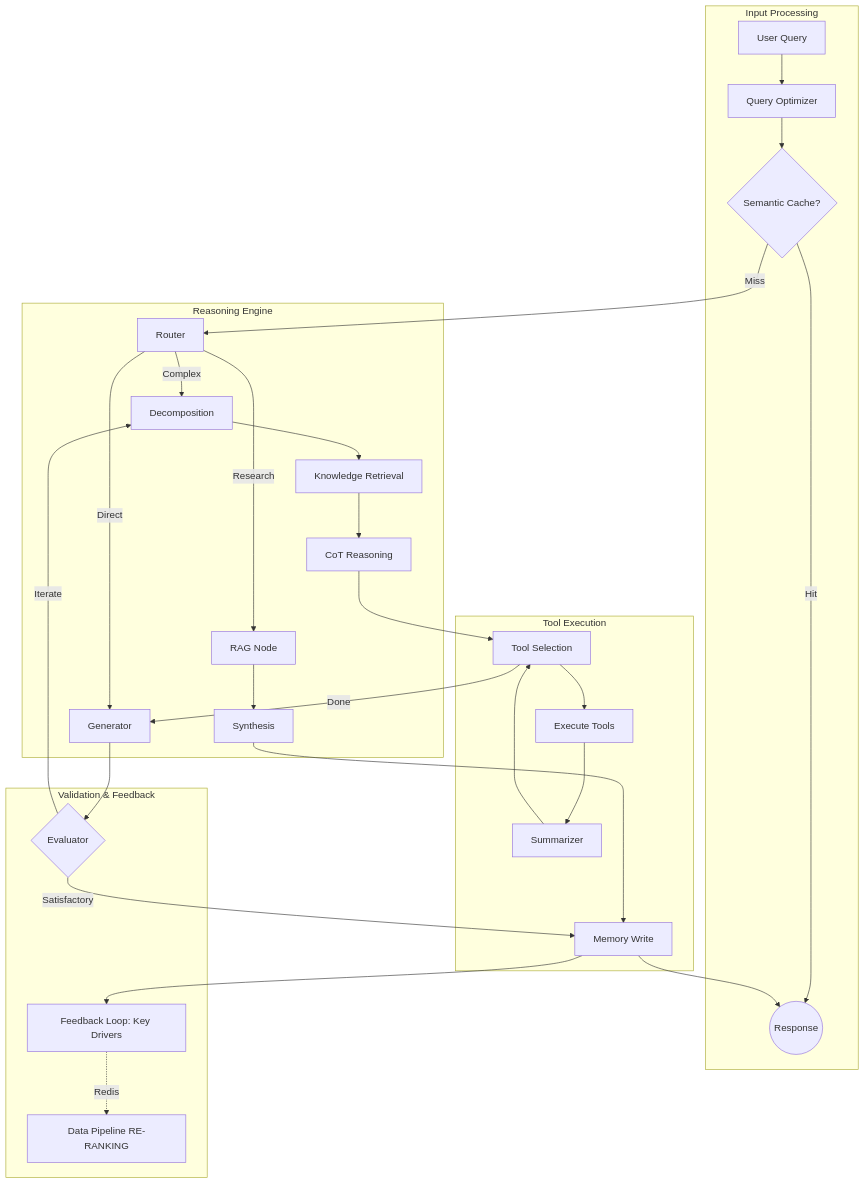
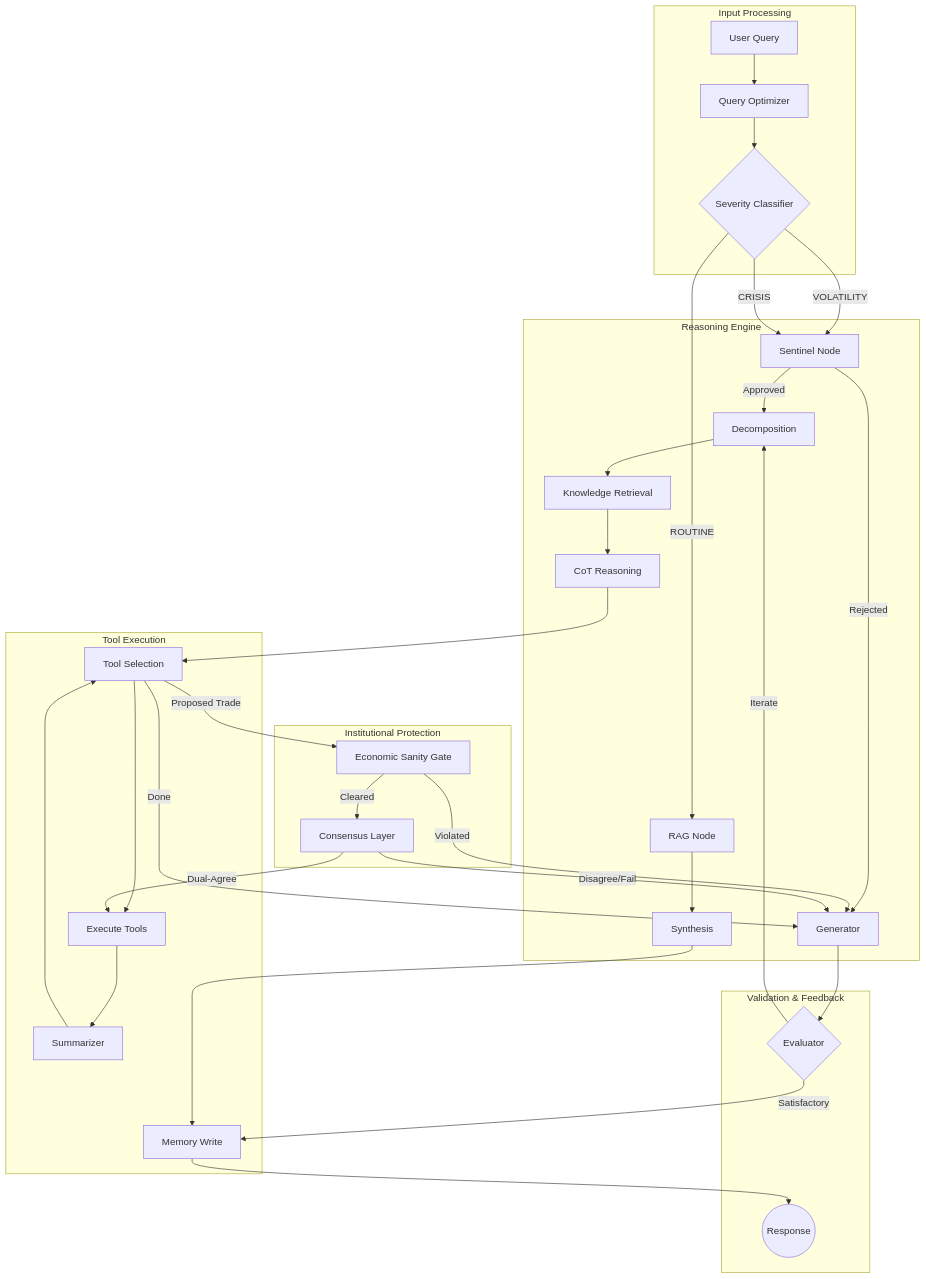
The diagram in services/ai-analyst/README.md (damrongsak/mtf-trading-system), drawn with Mermaid before and after one commit. The commit also changed other lines of this file and 18 other files, not shown here.

Commit message:
feat(ai-analyst): implement dynamic topology, sentinel layer, and daily post-mortem automation (v2.2)

````diff
--- a/services/ai-analyst/README.md
+++ b/services/ai-analyst/README.md
@@ -9,37 +9,44 @@
 ```mermaid
 graph TD
     subgraph Input["Input Processing"]
         USR[User Query] --> OPT[Query Optimizer]
-        OPT --> CACHE{Semantic Cache?}
-        CACHE -->|Hit| END((Response))
+        OPT --> SEV{Severity Classifier}
     end
 
     subgraph Reasoning["Reasoning Engine"]
-        CACHE -->|Miss| RT[Router]
-        RT -->|Research| RAG[RAG Node]
-        RT -->|Complex| DEC[Decomposition]
-        RT -->|Direct| GEN[Generator]
+        SEV -->|ROUTINE| RAG[RAG Node]
+        SEV -->|VOLATILITY| SENT[Sentinel Node]
+        SEV -->|CRISIS| SENT
         
         RAG --> SYN[Synthesis]
+        SENT -->|Approved| DEC[Decomposition]
+        SENT -->|Rejected| GEN[Generator]
+        
         DEC --> RET[Knowledge Retrieval]
         RET --> REA[CoT Reasoning]
     end
 
     subgraph Action["Tool Execution"]
         REA --> TS[Tool Selection]
         SYN --> MW[Memory Write]
         TS --> EX[Execute Tools]
         EX --> SUM[Summarizer]
         SUM --> TS
     end
 
+    subgraph Safety["Institutional Protection"]
+        TS -->|Proposed Trade| GATE[Economic Sanity Gate]
+        GATE -->|Violated| GEN
+        GATE -->|Cleared| CON[Consensus Layer]
+        CON -->|Disagree/Fail| GEN
+        CON -->|Dual-Agree| EX
+    end
+
     subgraph Loop["Validation & Feedback"]
         TS -->|Done| GEN
         GEN --> EVA{Evaluator}
         EVA -->|Iterate| DEC
         EVA -->|Satisfactory| MW
-        MW --> FB[Feedback Loop: Key Drivers]
-        FB -.->|Redis| DP[Data Pipeline RE-RANKING]
-        MW --> END
+        MW --> END((Response))
     end
 ```
````
